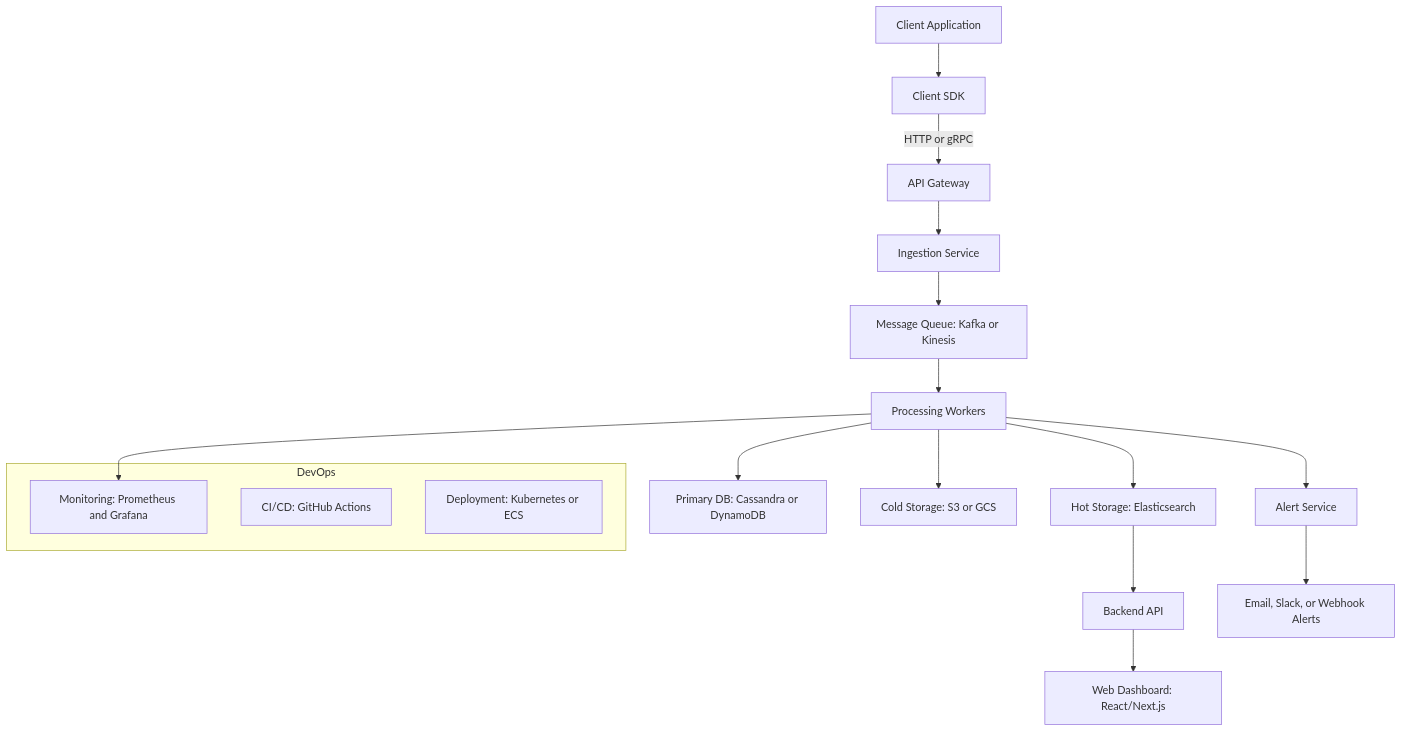
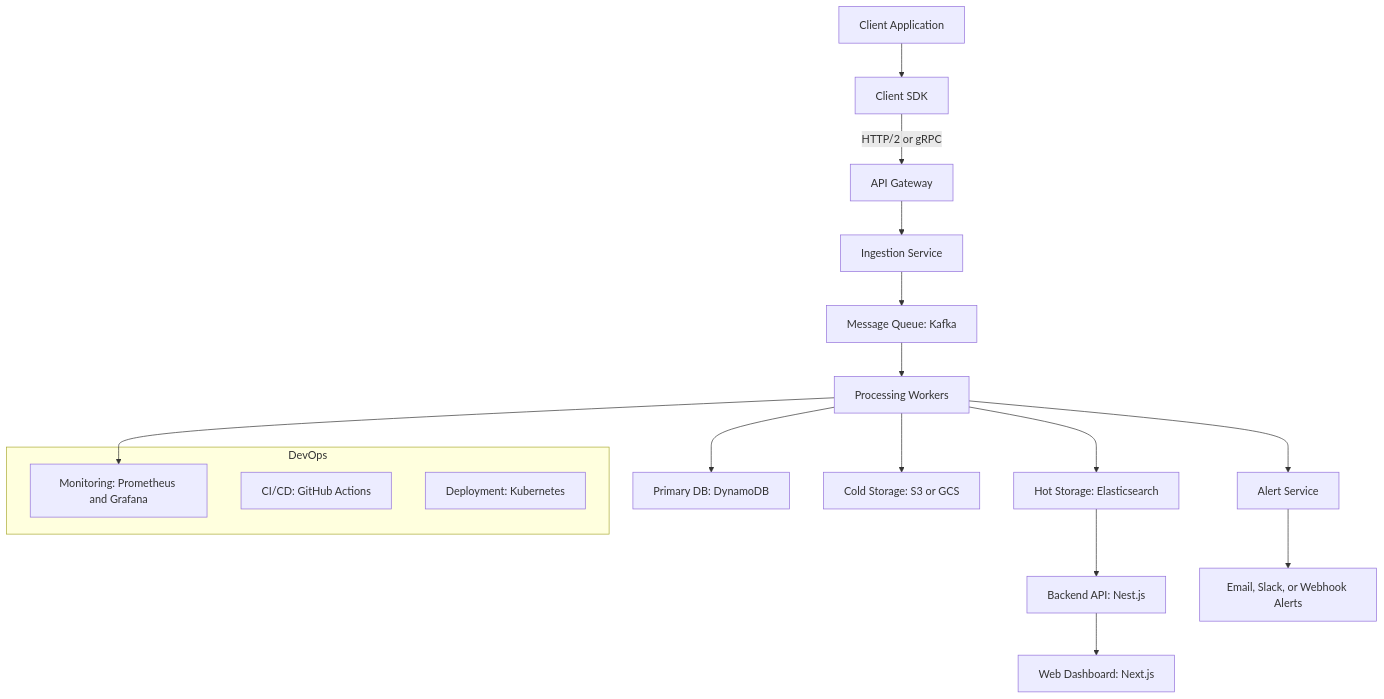
The diagram in README.md (Githi54/dt-test-task), drawn with Mermaid before and after one commit.

````diff
--- a/README.md
+++ b/README.md
@@ -5,21 +5,21 @@
 ```mermaid
 graph TD
     A[Client Application] --> B[Client SDK]
-    B -->|HTTP or gRPC| C[API Gateway]
+    B -->|HTTP/2 or gRPC| C[API Gateway]
     C --> D[Ingestion Service]
-    D --> E[Message Queue: Kafka or Kinesis]
+    D --> E[Message Queue: Kafka]
     E --> F[Processing Workers]
     F --> G1[Hot Storage: Elasticsearch]
-    F --> G2[Primary DB: Cassandra or DynamoDB]
+    F --> G2[Primary DB: DynamoDB]
     F --> G3[Cold Storage: S3 or GCS]
-    G1 --> H[Backend API]
-    H --> I[Web Dashboard: React/Next.js]
+    G1 --> H[Backend API: Nest.js]
+    H --> I[Web Dashboard: Next.js]
     F --> J[Alert Service]
     J --> K[Email, Slack, or Webhook Alerts]
     subgraph DevOps
         L[Monitoring: Prometheus and Grafana]
         M[CI/CD: GitHub Actions]
-        N[Deployment: Kubernetes or ECS]
+        N[Deployment: Kubernetes]
     end
     F --> L
 ```
````
